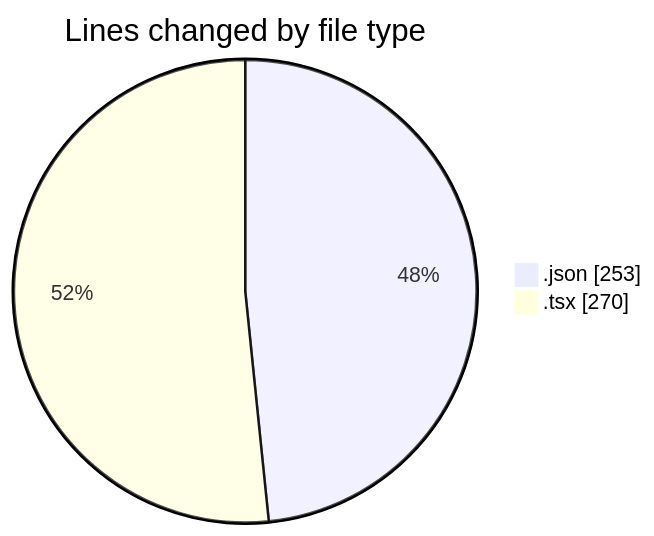
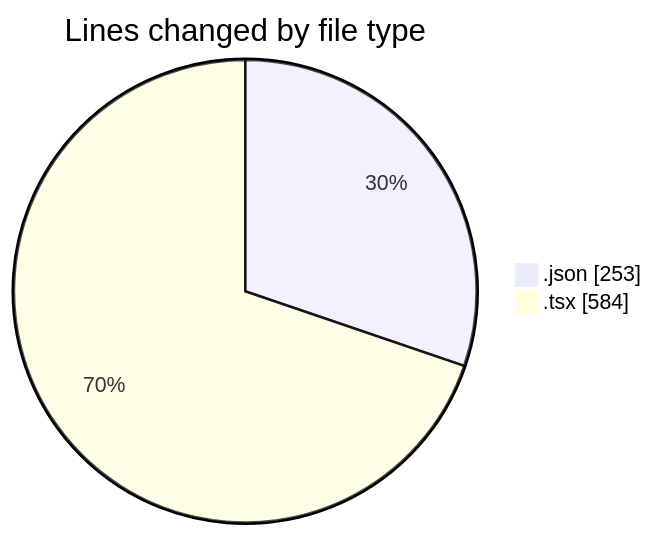
The first of 2 diagrams in 2026-03-24/cda/README.md (momahboobian/code-tracking), drawn with Mermaid before and after one commit. The commit also changed other lines of this file and 1 other file, not shown here.

````diff
--- a/2026-03-24/cda/README.md
+++ b/2026-03-24/cda/README.md
@@ -23,6 +24,6 @@
 ```mermaid
 pie showData
 title Lines changed by file type
 ".json" : 253
-".tsx" : 270
+".tsx" : 584
 ```
````
